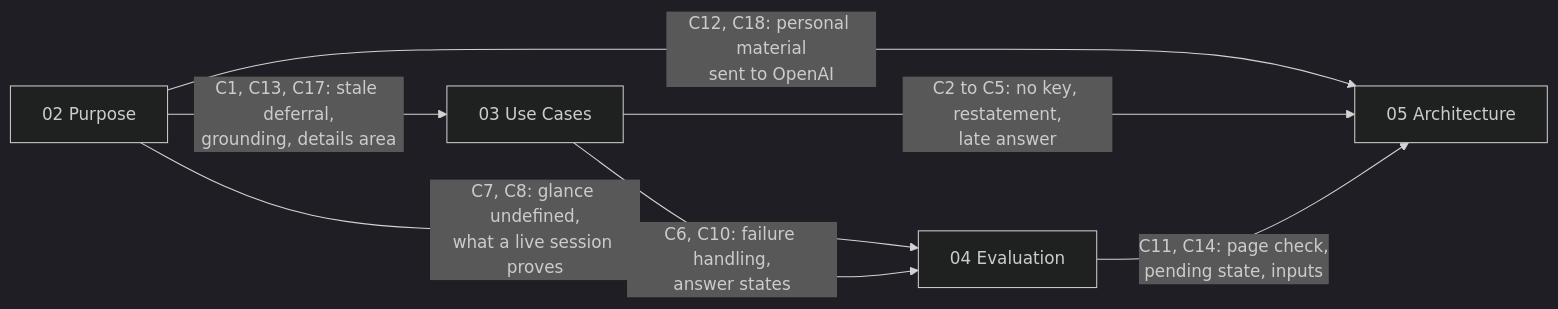
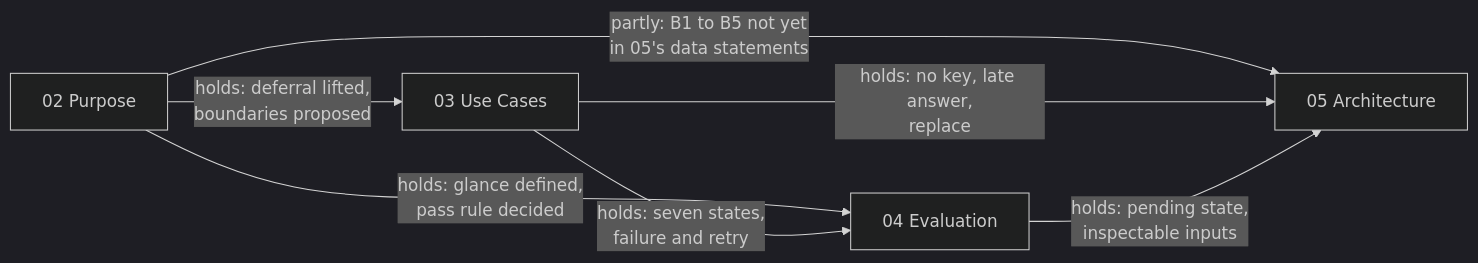
Before and after one commit to Elustondo-ai/alice.good.meetings: the diagram in docs/asdg/07-planning/03.7.2-sprint-003-conflicts.md, drawn with Mermaid (dark theme). The commit also changed other lines of this file and 34 other files, not shown here.

````diff
--- a/docs/asdg/07-planning/03.7.2-sprint-003-conflicts.md
+++ b/docs/asdg/07-planning/03.7.2-sprint-003-conflicts.md
@@ -5,9 +5,9 @@
 ```mermaid
 flowchart LR
-    P["02 Purpose"] -->|"C1, C13, C17: stale deferral,<br/>grounding, details area"| U["03 Use Cases"]
-    P -->|"C7, C8: glance undefined,<br/>what a live session proves"| E["04 Evaluation"]
-    P -->|"C12, C18: personal material<br/>sent to OpenAI"| A["05 Architecture"]
-    U -->|"C6, C10: failure handling,<br/>answer states"| E
-    U -->|"C2 to C5: no key, restatement,<br/>late answer"| A
-    E -->|"C11, C14: page check,<br/>pending state, inputs"| A
+    P["02 Purpose"] -->|"holds: deferral lifted,<br/>boundaries proposed"| U["03 Use Cases"]
+    P -->|"holds: glance defined,<br/>pass rule decided"| E["04 Evaluation"]
+    P -->|"partly: B1 to B5 not yet<br/>in 05's data statements"| A["05 Architecture"]
+    U -->|"holds: seven states,<br/>failure and retry"| E
+    U -->|"holds: no key, late answer,<br/>replace"| A
+    E -->|"holds: pending state,<br/>inspectable inputs"| A
 ```
````
